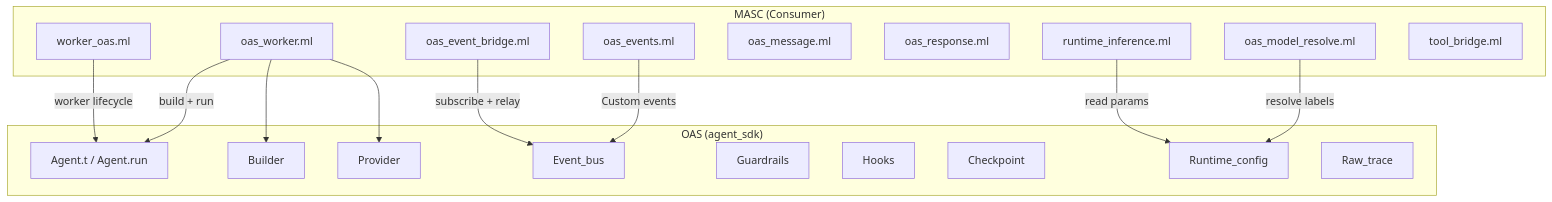
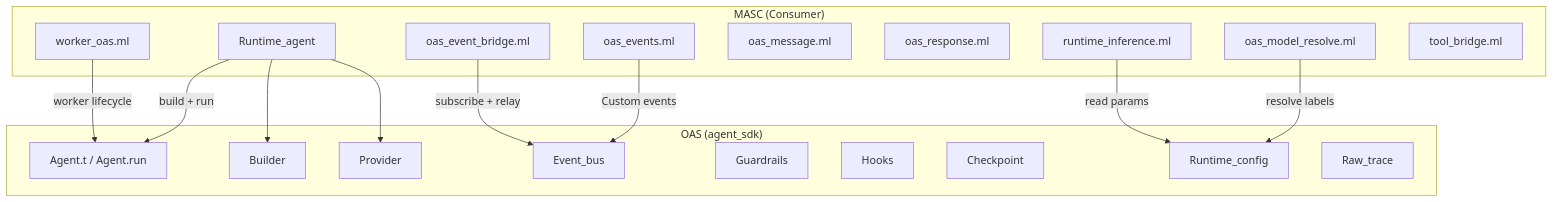
One commit to jeong-sik/masc changed the diagram in docs/spec/13-oas-integration.md. Above: the diagram before and after it, drawn with Mermaid. The commit also changed other lines of this file and 124 other files, not shown here.

````diff
--- a/docs/spec/13-oas-integration.md
+++ b/docs/spec/13-oas-integration.md
@@ -52,33 +52,33 @@
 ```mermaid
 graph TB
   subgraph "MASC (Consumer)"
-    OW[oas_worker.ml]
+    OW[Runtime_agent]
     WO[worker_oas.ml]
     OE[oas_events.ml]
     OSB[oas_event_bridge.ml]
     OM[oas_message.ml]
     OR[oas_response.ml]
     OMR[oas_model_resolve.ml]
     CI[runtime_inference.ml]
     TB[tool_bridge.ml]
   end
   subgraph "OAS (agent_sdk)"
     AG[Agent.t / Agent.run]
     BU[Builder]
     PR[Provider]
     EB[Event_bus]
     GR[Guardrails]
     HK[Hooks]
     CK[Checkpoint]
     CC2[Runtime_config]
     RT[Raw_trace]
   end
   OW -->|"build + run"| AG
   OW --> BU
   OW --> PR
   WO -->|"worker lifecycle"| AG
   OE -->|"Custom events"| EB
   OSB -->|"subscribe + relay"| EB
   OMR -->|"resolve labels"| CC2
   CI -->|"read params"| CC2
 ```
````
